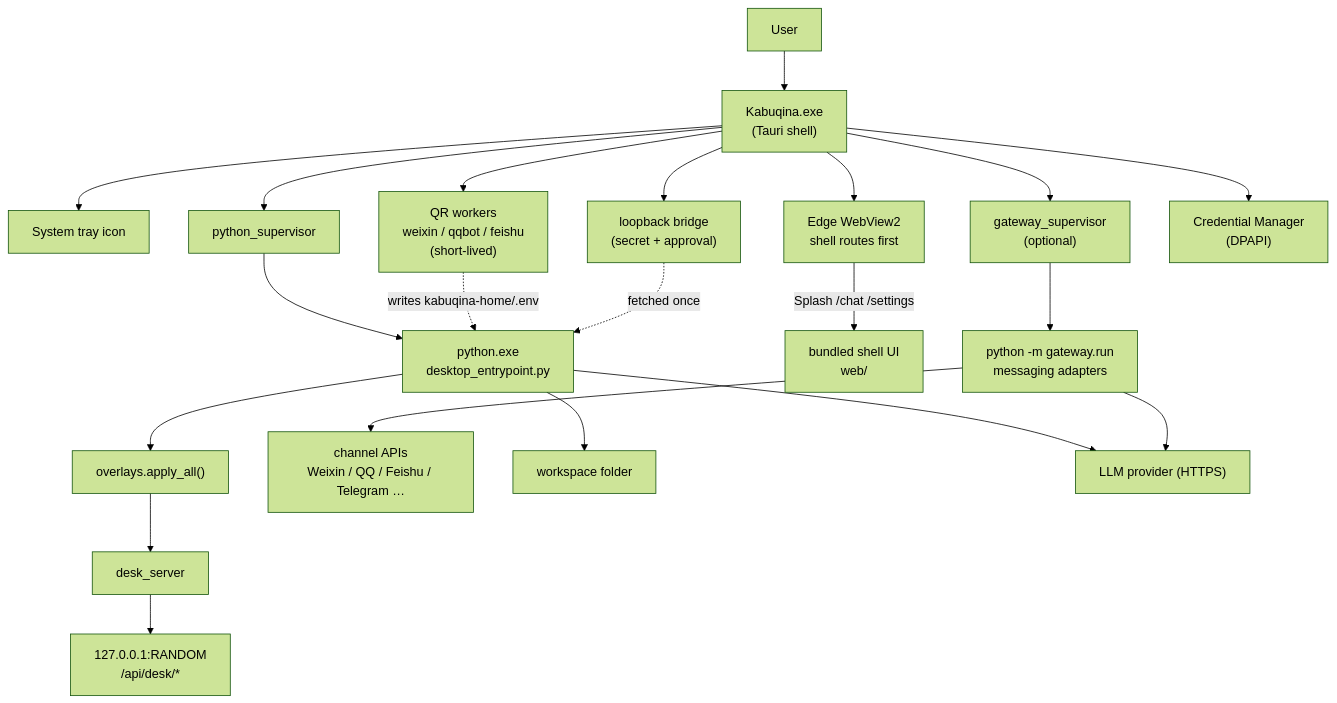
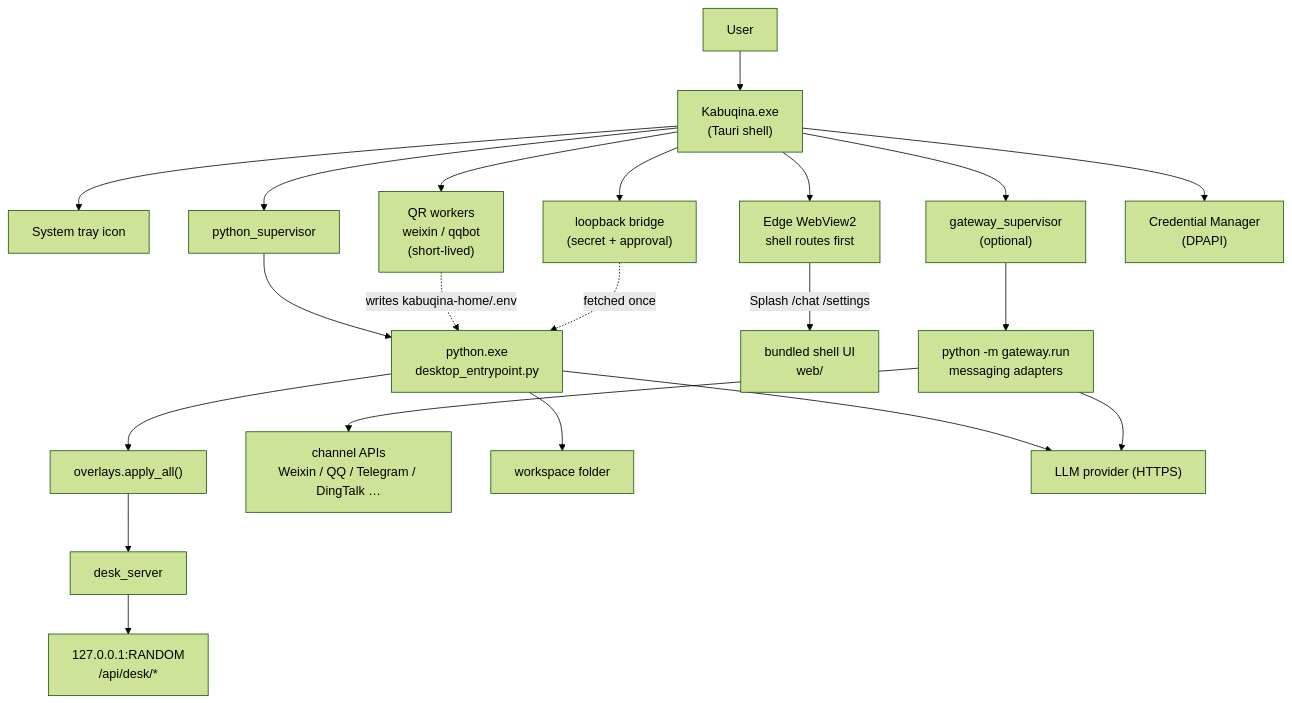
The diagram in docs/architecture.md (Kabuqina/Kabuqina), drawn with Mermaid (forest theme) before and after one commit. The commit also changed other lines of this file and 11 other files, not shown here.

````diff
--- a/docs/architecture.md
+++ b/docs/architecture.md
@@ -14,23 +14,23 @@
 ```mermaid
 flowchart TD
   User[User] --> Tauri["Kabuqina.exe<br/>(Tauri shell)"]
   Tauri --> Tray["System tray icon"]
   Tauri --> WebView["Edge WebView2<br/>shell routes first"]
   Tauri --> PySup["python_supervisor"]
   PySup --> PyChild["python.exe<br/>desktop_entrypoint.py"]
   PyChild --> Overlays["overlays.apply_all()"]
   Overlays --> DeskServer["desk_server"]
   DeskServer --> Loop["127.0.0.1:RANDOM<br/>/api/desk/*"]
   WebView -->|"Splash /chat /settings"| ShellUI["bundled shell UI<br/>web/"]
   Tauri --> GwSup["gateway_supervisor<br/>(optional)"]
   GwSup --> GwChild["python -m gateway.run<br/>messaging adapters"]
-  GwChild --> MsgApis["channel APIs<br/>Weixin / QQ / Feishu / Telegram …"]
-  Tauri --> QrWorkers["QR workers<br/>weixin / qqbot / feishu<br/>(short-lived)"]
+  GwChild --> MsgApis["channel APIs<br/>Weixin / QQ / Telegram / DingTalk …"]
+  Tauri --> QrWorkers["QR workers<br/>weixin / qqbot<br/>(short-lived)"]
   QrWorkers -.->|"writes kabuqina-home/.env"| PyChild
   Tauri --> Bridge["loopback bridge<br/>(secret + approval)"]
   Bridge -.fetched once.-> PyChild
   Tauri --> Vault["Credential Manager<br/>(DPAPI)"]
   PyChild --> Workspace["workspace folder"]
   PyChild --> LLM["LLM provider (HTTPS)"]
   GwChild --> LLM
 ```
````
